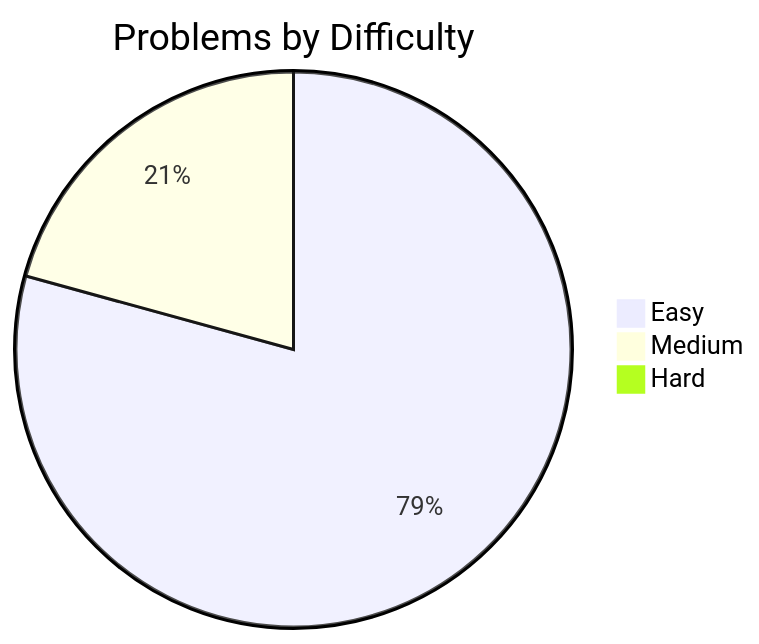
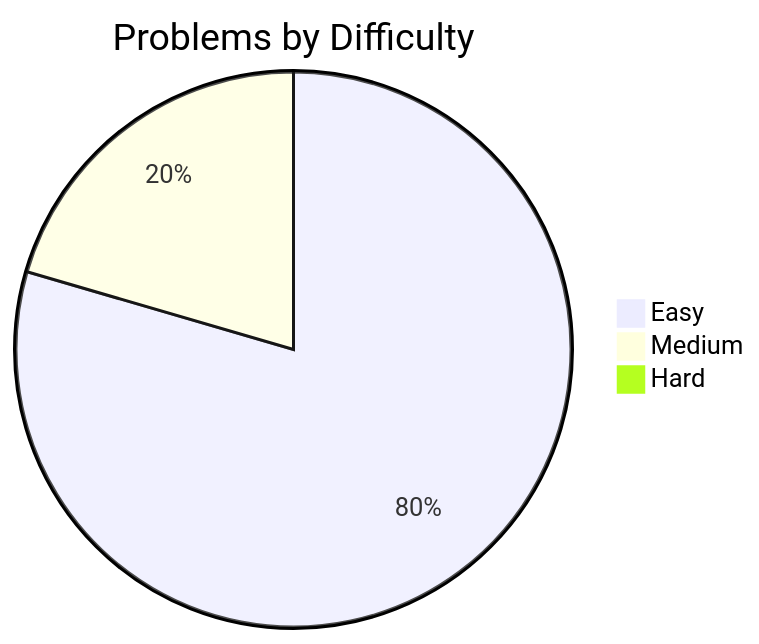
One commit to davelin18yufan/leetcode-journal changed the diagram in README.md. Above: the diagram before and after it, drawn with Mermaid. The commit also changed other lines of this file and 4 other files, not shown here.

````diff
--- a/README.md
+++ b/README.md
@@ -7,7 +7,7 @@
 ```mermaid
 pie
     title Problems by Difficulty
-    "Easy" : 65
+    "Easy" : 66
     "Medium" : 17
     "Hard" : 0
 ```
````
